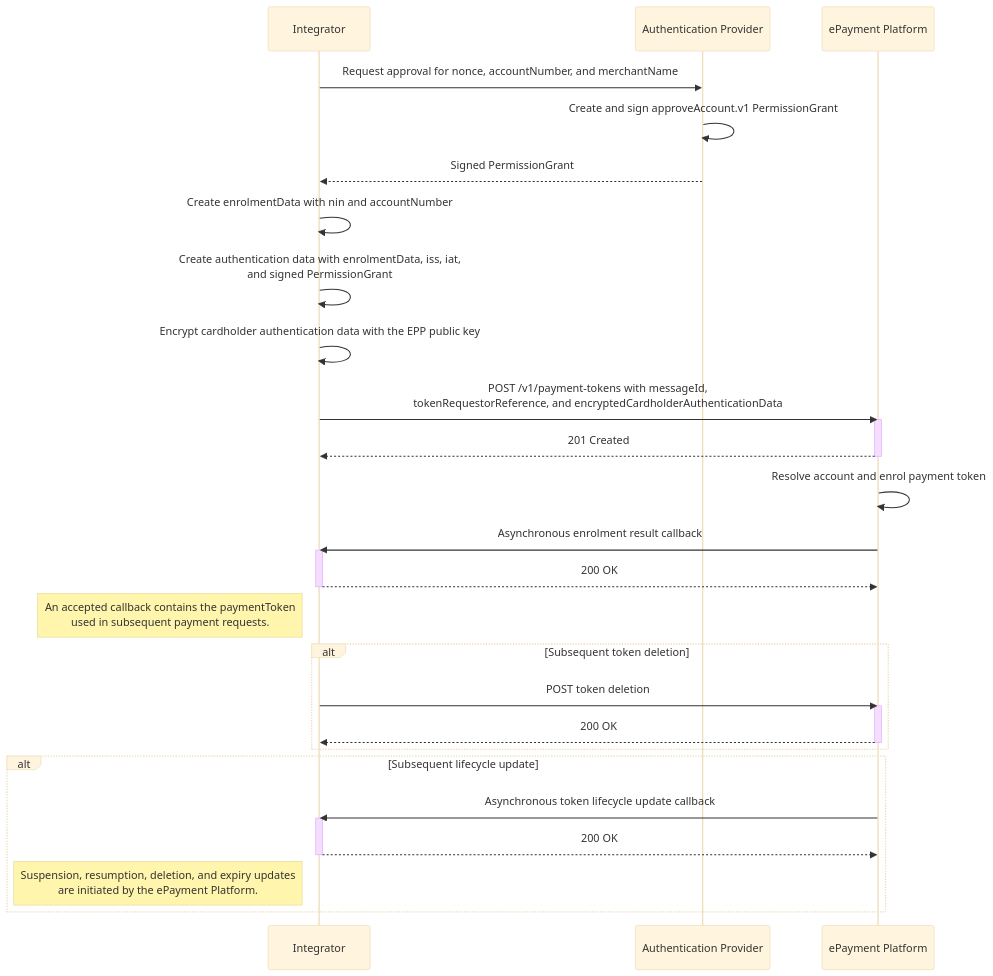
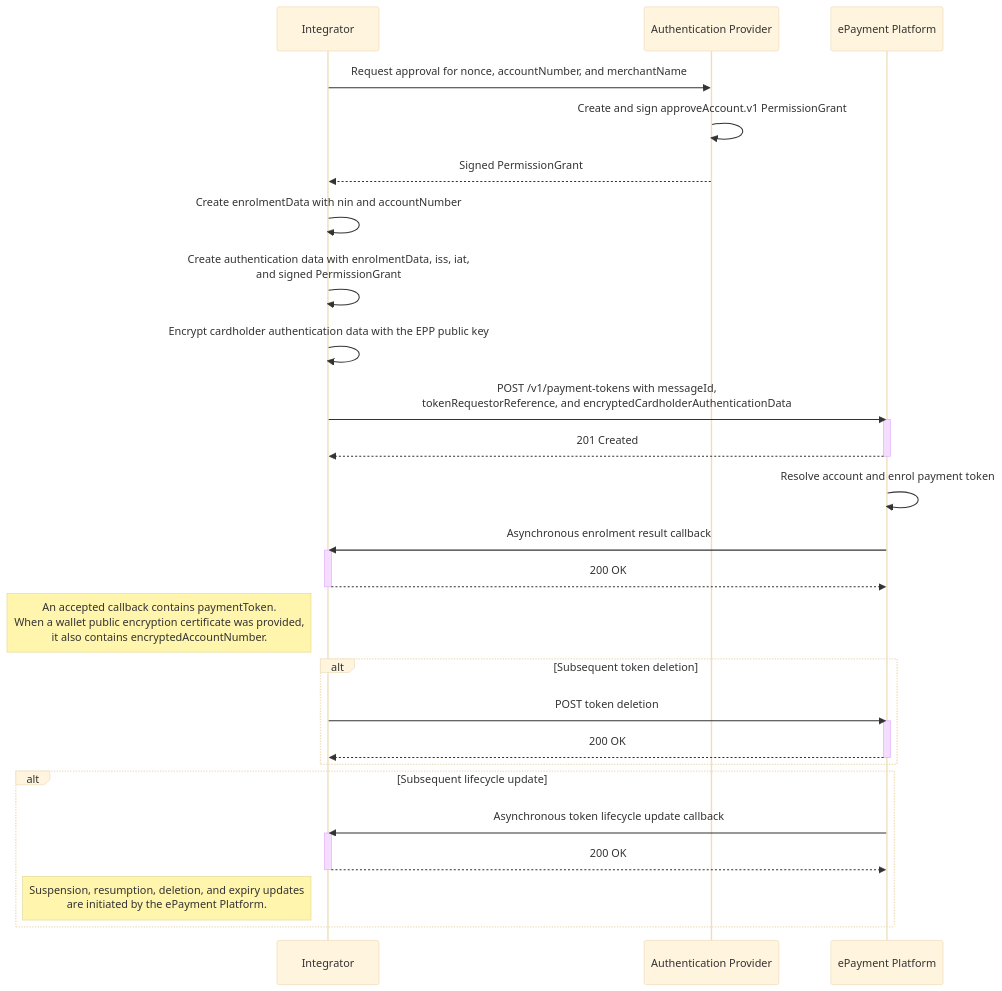
One commit to BankAxept/bankaxept-epayment-development-kit changed the first of 3 diagrams in docs/enrolment_and_payment.md. Above: the diagram before and after it, drawn with Mermaid (base theme). The commit also changed other lines of this file and 11 other files, not shown here.

Commit message:
feat(enrolment): encrypt callback account number (#328)

````diff
--- a/docs/enrolment_and_payment.md
+++ b/docs/enrolment_and_payment.md
@@ -49,41 +49,41 @@
 ```mermaid
 sequenceDiagram
     participant Integrator
     participant AuthenticationProvider as Authentication Provider
     participant EPP as ePayment Platform
 
     Integrator ->> AuthenticationProvider: Request approval for nonce, accountNumber, and merchantName
     AuthenticationProvider ->> AuthenticationProvider: Create and sign approveAccount.v1 PermissionGrant
     AuthenticationProvider -->> Integrator: Signed PermissionGrant
     Integrator ->> Integrator: Create enrolmentData with nin and accountNumber
     Integrator ->> Integrator: Create authentication data with enrolmentData, iss, iat,<br/>and signed PermissionGrant
     Integrator ->> Integrator: Encrypt cardholder authentication data with the EPP public key
     Integrator ->> EPP: POST /v1/payment-tokens with messageId,<br/>tokenRequestorReference, and encryptedCardholderAuthenticationData
     activate EPP
     EPP -->> Integrator: 201 Created
     deactivate EPP
     EPP ->> EPP: Resolve account and enrol payment token
     EPP ->> Integrator: Asynchronous enrolment result callback
     activate Integrator
     Integrator -->> EPP: 200 OK
     deactivate Integrator
-    note left of Integrator: An accepted callback contains the paymentToken<br/>used in subsequent payment requests.
+    note left of Integrator: An accepted callback contains paymentToken.<br/>When a wallet public encryption certificate was provided,<br/>it also contains encryptedAccountNumber.
 
     alt Subsequent token deletion
         Integrator ->> EPP: POST token deletion
         activate EPP
         EPP -->> Integrator: 200 OK
         deactivate EPP
 
     end
 
     alt Subsequent lifecycle update
         EPP ->> Integrator: Asynchronous token lifecycle update callback
         activate Integrator
         Integrator -->> EPP: 200 OK
         deactivate Integrator
         note left of Integrator: Suspension, resumption, deletion, and expiry updates<br/>are initiated by the ePayment Platform.
 
     end
 
 ```
````
